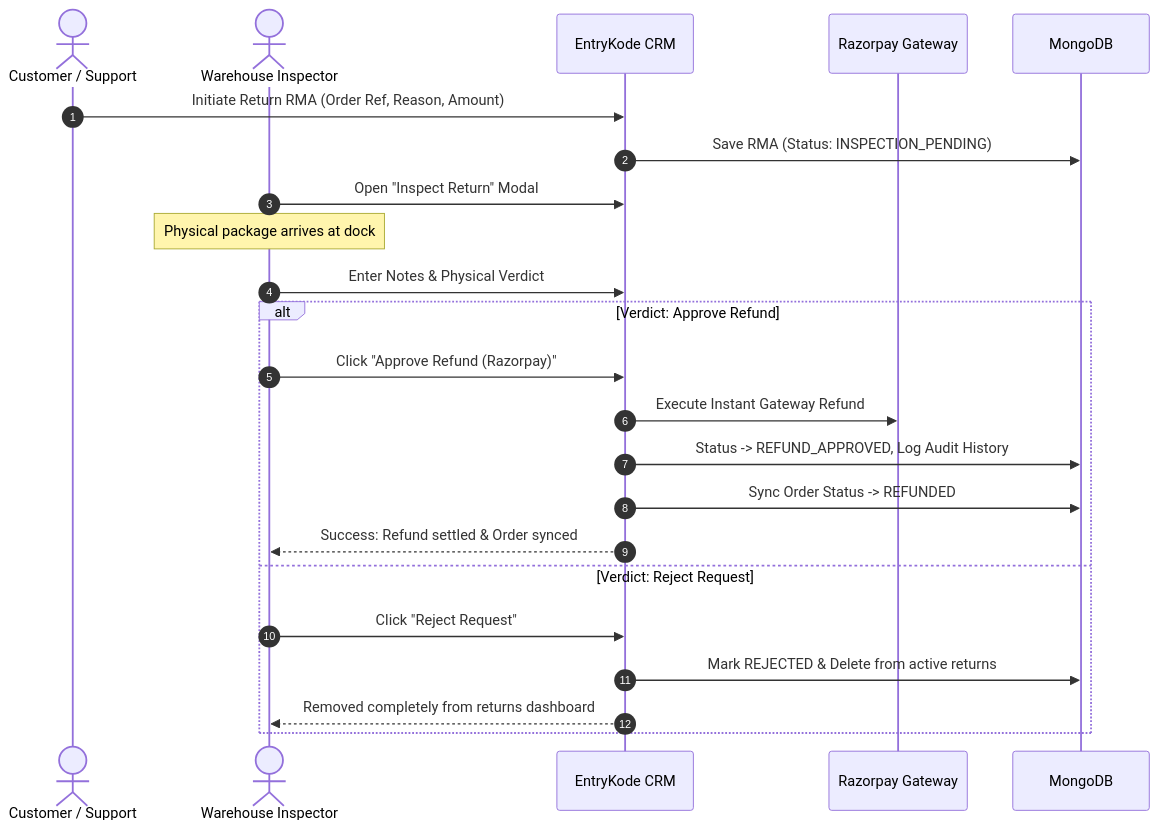
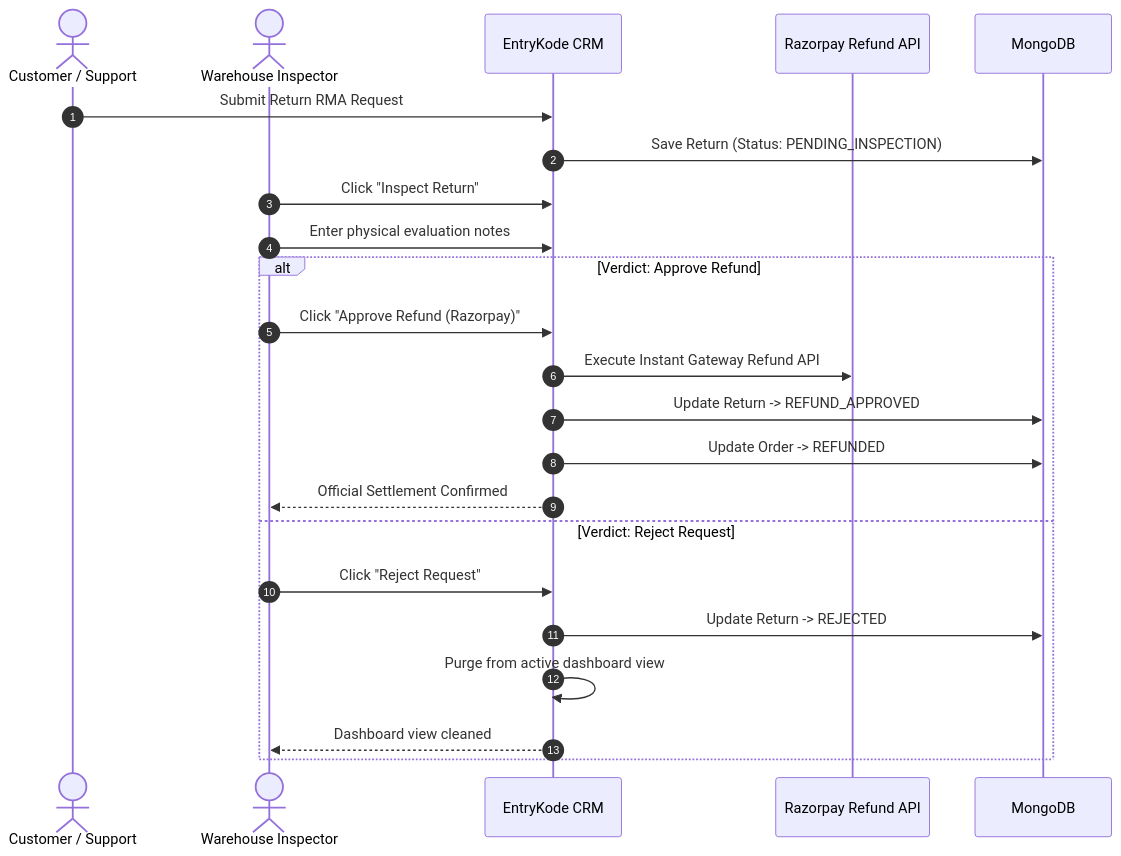
The third of 4 diagrams in PROJECT_REPORT.md (sanjaydinakaran29112004/Ecommerce-CRM), drawn with Mermaid before and after one commit. The commit also changed other lines of this file and 3 other files, not shown here.

````diff
--- a/PROJECT_REPORT.md
+++ b/PROJECT_REPORT.md
@@ -176,26 +189,26 @@
 ```mermaid
 sequenceDiagram
     autonumber
     actor Customer as Customer / Support
     actor Staff as Warehouse Inspector
-    participant App as EntryKode CRM
-    participant Rzp as Razorpay Gateway
+    participant CRM as EntryKode CRM
+    participant Rzp as Razorpay Refund API
     participant DB as MongoDB
 
-    Customer->>App: Initiate Return RMA (Order Ref, Reason, Amount)
-    App->>DB: Save RMA (Status: INSPECTION_PENDING)
-    Staff->>App: Open "Inspect Return" Modal
-    Note over Staff: Physical package arrives at dock
-    Staff->>App: Enter Notes & Physical Verdict
+    Customer->>CRM: Submit Return RMA Request
+    CRM->>DB: Save Return (Status: PENDING_INSPECTION)
+    Staff->>CRM: Click "Inspect Return"
+    Staff->>CRM: Enter physical evaluation notes
     alt Verdict: Approve Refund
-        Staff->>App: Click "Approve Refund (Razorpay)"
-        App->>Rzp: Execute Instant Gateway Refund
-        App->>DB: Status -> REFUND_APPROVED, Log Audit History
-        App->>DB: Sync Order Status -> REFUNDED
-        App-->>Staff: Success: Refund settled & Order synced
+        Staff->>CRM: Click "Approve Refund (Razorpay)"
+        CRM->>Rzp: Execute Instant Gateway Refund API
+        CRM->>DB: Update Return -> REFUND_APPROVED
+        CRM->>DB: Update Order -> REFUNDED
+        CRM-->>Staff: Official Settlement Confirmed
     else Verdict: Reject Request
-        Staff->>App: Click "Reject Request"
-        App->>DB: Mark REJECTED & Delete from active returns
-        App-->>Staff: Removed completely from returns dashboard
+        Staff->>CRM: Click "Reject Request"
+        CRM->>DB: Update Return -> REJECTED
+        CRM->>CRM: Purge from active dashboard view
+        CRM-->>Staff: Dashboard view cleaned
     end
 ```
````
